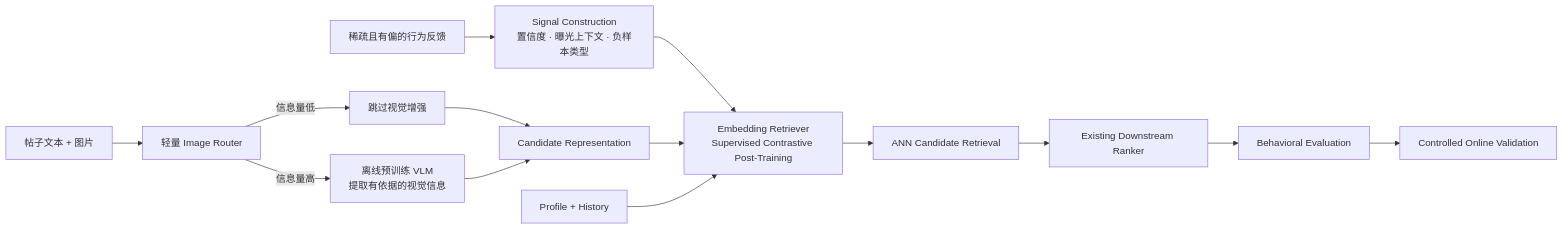
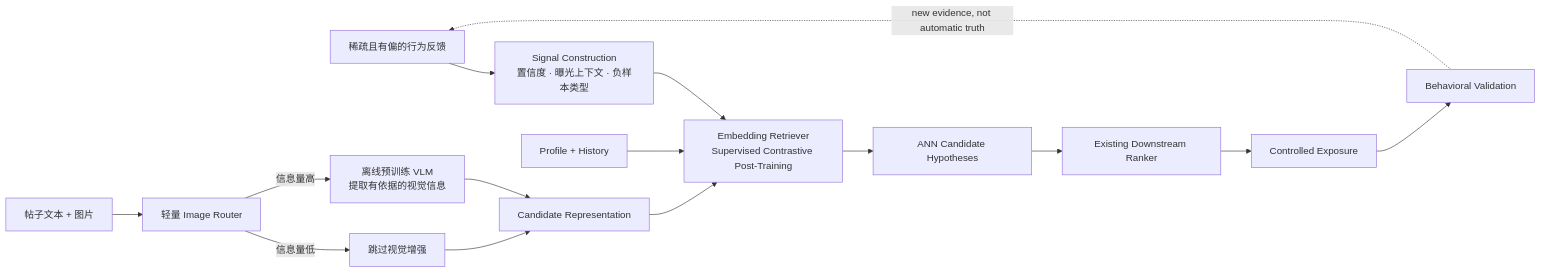
Before and after one commit to tianyi-zhang-02/cooking-agi: the first of 3 diagrams in 01-data-and-feedback/noise-to-signal-retrieval.md, drawn with Mermaid. The commit also changed other lines of this file and 1 other file, not shown here.

Commit message:
Frame retrieval as positive candidate discovery

````diff
--- a/01-data-and-feedback/noise-to-signal-retrieval.md
+++ b/01-data-and-feedback/noise-to-signal-retrieval.md
@@ -13,16 +33,17 @@
 ```mermaid
 flowchart LR
     A["稀疏且有偏的行为反馈"] --> B["Signal Construction<br/>置信度 · 曝光上下文 · 负样本类型"]
     C["帖子文本 + 图片"] --> D["轻量 Image Router"]
     D -->|"信息量低"| E["跳过视觉增强"]
     D -->|"信息量高"| F["离线预训练 VLM<br/>提取有依据的视觉信息"]
     E --> G["Candidate Representation"]
     F --> G
     B --> H["Embedding Retriever<br/>Supervised Contrastive Post-Training"]
     G --> H
     I["Profile + History"] --> H
-    H --> J["ANN Candidate Retrieval"]
+    H --> J["ANN Candidate Hypotheses"]
     J --> K["Existing Downstream Ranker"]
-    K --> L["Behavioral Evaluation"]
-    L --> M["Controlled Online Validation"]
+    K --> L["Controlled Exposure"]
+    L --> M["Behavioral Validation"]
+    M -.->|"new evidence, not automatic truth"| A
 ```
````
